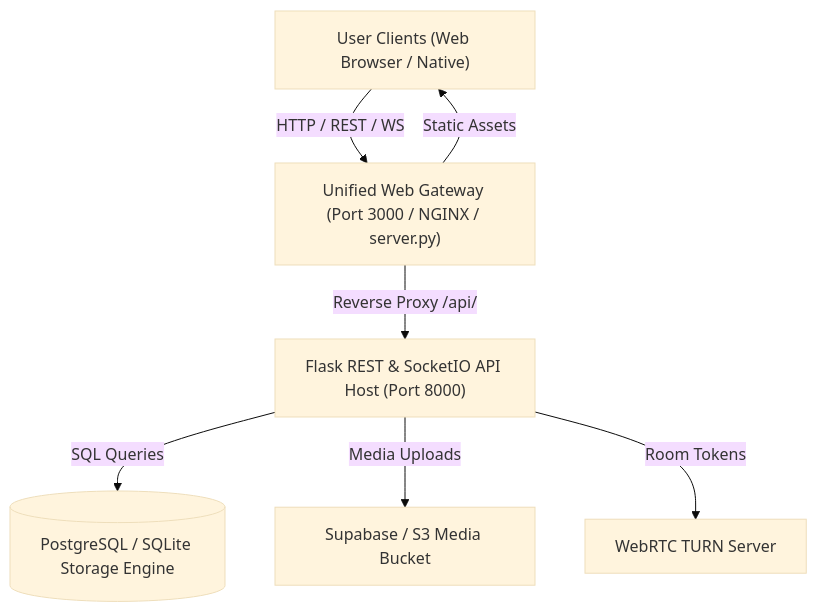
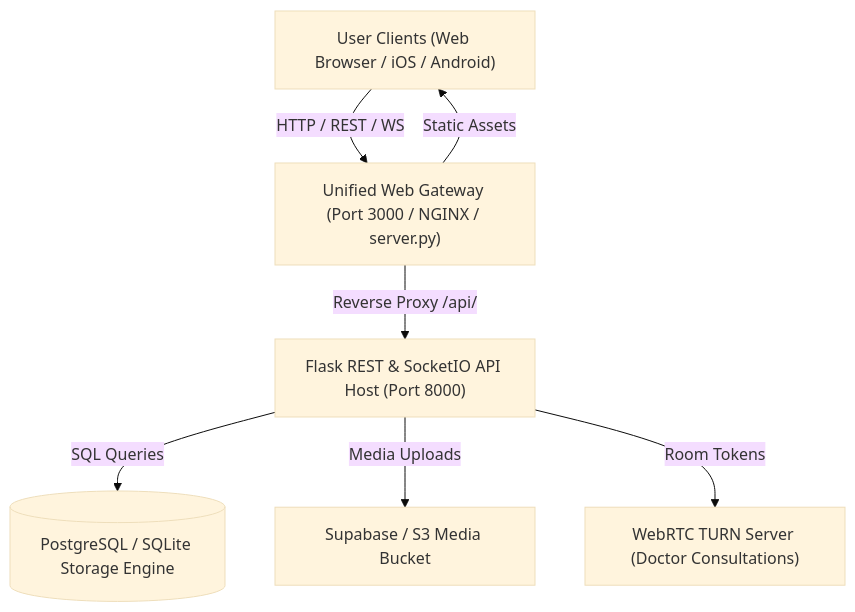
The first of 5 diagrams in docs/ARCHITECTURE.md (Khwa678/-Project--Jorniz), drawn with Mermaid (base theme) before and after one commit. The commit also changed other lines of this file and 34 other files, not shown here.

````diff
--- a/docs/ARCHITECTURE.md
+++ b/docs/ARCHITECTURE.md
@@ -5,16 +11,16 @@
 ```mermaid
 graph TD
-    Client["User Clients (Web Browser / Native)"]
+    Client["User Clients (Web Browser / iOS / Android)"]
     Gateway["Unified Web Gateway (Port 3000 / NGINX / server.py)"]
     API["Flask REST & SocketIO API Host (Port 8000)"]
     DB[("PostgreSQL / SQLite Storage Engine")]
     S3["Supabase / S3 Media Bucket"]
-    WebRTC["WebRTC TURN Server"]
+    WebRTC["WebRTC TURN Server (Doctor Consultations)"]
 
     Client -->|HTTP / REST / WS| Gateway
     Gateway -->|Static Assets| Client
     Gateway -->|Reverse Proxy /api/| API
     API -->|SQL Queries| DB
     API -->|Media Uploads| S3
     API -->|Room Tokens| WebRTC
 ```
````
